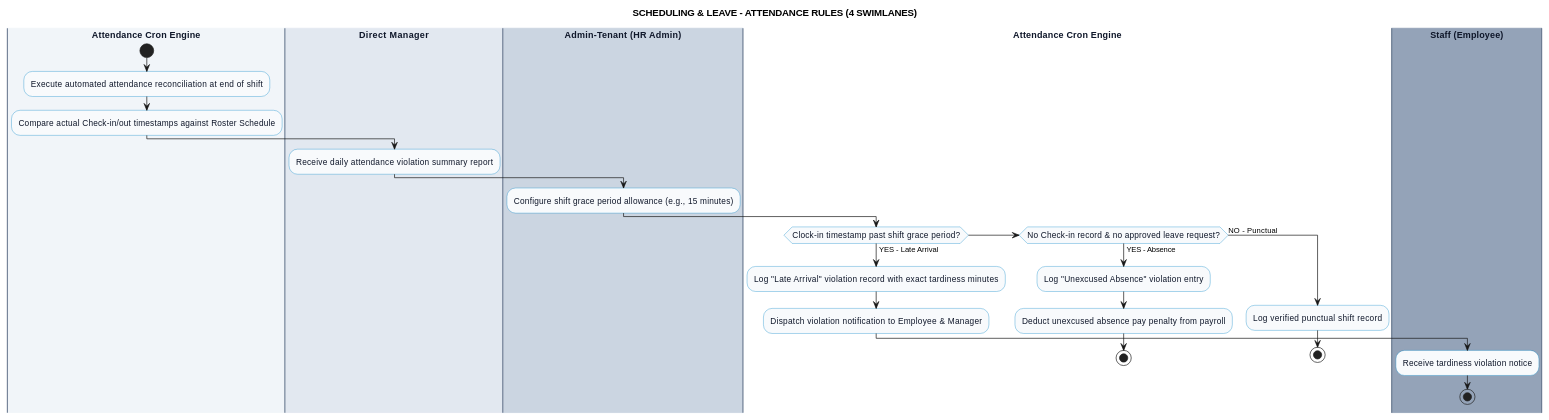
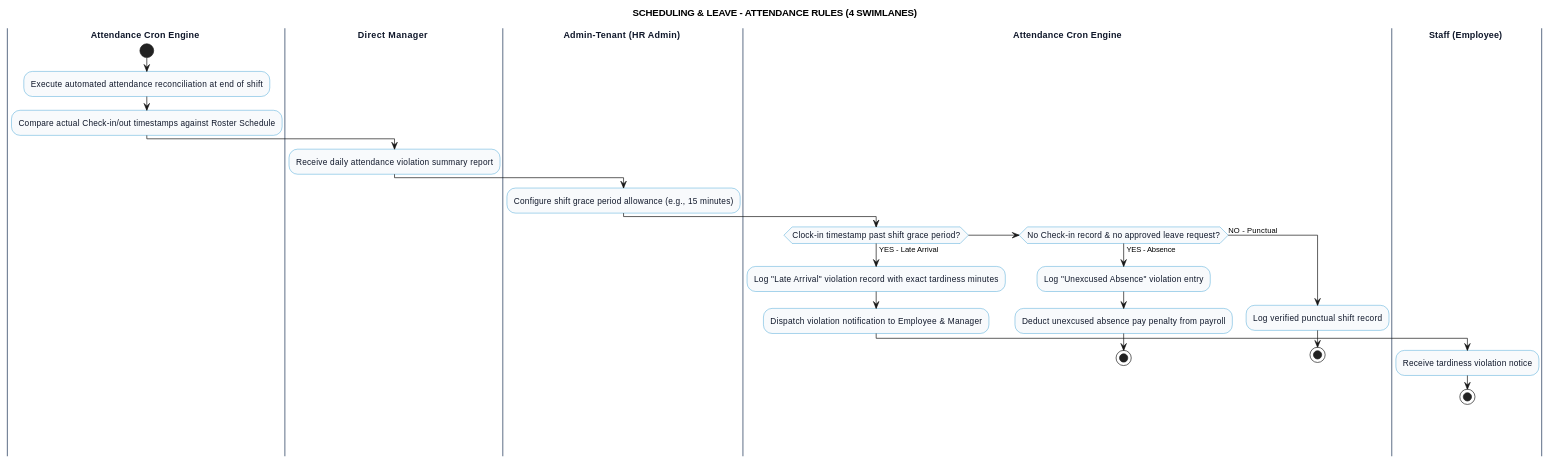
One commit to Dikhang1112/Monitoring_HR changed the diagram in docs/swimlane/scheduling_leave/AttendanceRulesDiagram.md. Above: the diagram before and after it, drawn with PlantUML. The commit also changed other lines of this file and 47 other files, not shown here.

Commit message:
Refactor usecase diagram and swimlane

````diff
--- a/docs/swimlane/scheduling_leave/AttendanceRulesDiagram.md
+++ b/docs/swimlane/scheduling_leave/AttendanceRulesDiagram.md
@@ -9,55 +9,55 @@
 ```plantuml
 @startuml
 title SCHEDULING & LEAVE - ATTENDANCE RULES (4 SWIMLANES)
 
 skinparam linetype ortho
 skinparam nodesep 60
 skinparam ranksep 80
 
 skinparam activity {
   BackgroundColor #f8fafc
   BorderColor #0284c7
   FontColor #0f172a
   FontSize 12
 }
 skinparam swimlane {
   BorderColor #64748b
   TitleFontColor #0f172a
   TitleFontSize 13
   TitleFontStyle bold
 }
 
 ' =====================================================
 ' 4 SWIMLANES DECLARATION
 ' =====================================================
-|#f1f5f9| Attendance Cron Engine |
+|Attendance Cron Engine |
 start
 :Execute automated attendance reconciliation at end of shift;
 :Compare actual Check-in/out timestamps against Roster Schedule;
 
-|#e2e8f0| Direct Manager |
+|Direct Manager |
 :Receive daily attendance violation summary report;
 
-|#cbd5e1| Admin-Tenant (HR Admin) |
+|Admin-Tenant (HR Admin) |
 :Configure shift grace period allowance (e.g., 15 minutes);
 
 |Attendance Cron Engine|
 if (Clock-in timestamp past shift grace period?) then (YES - Late Arrival)
   :Log "Late Arrival" violation record with exact tardiness minutes;
   :Dispatch violation notification to Employee & Manager;
-  |#94a3b8| Staff (Employee) |
+  |Staff (Employee) |
   :Receive tardiness violation notice;
   stop
 else if (No Check-in record & no approved leave request?) then (YES - Absence)
   |Attendance Cron Engine|
   :Log "Unexcused Absence" violation entry;
   :Deduct unexcused absence pay penalty from payroll;
   stop
 else (NO - Punctual)
   |Attendance Cron Engine|
   :Log verified punctual shift record;
   stop
 endif
 
 @enduml
 ```
````
